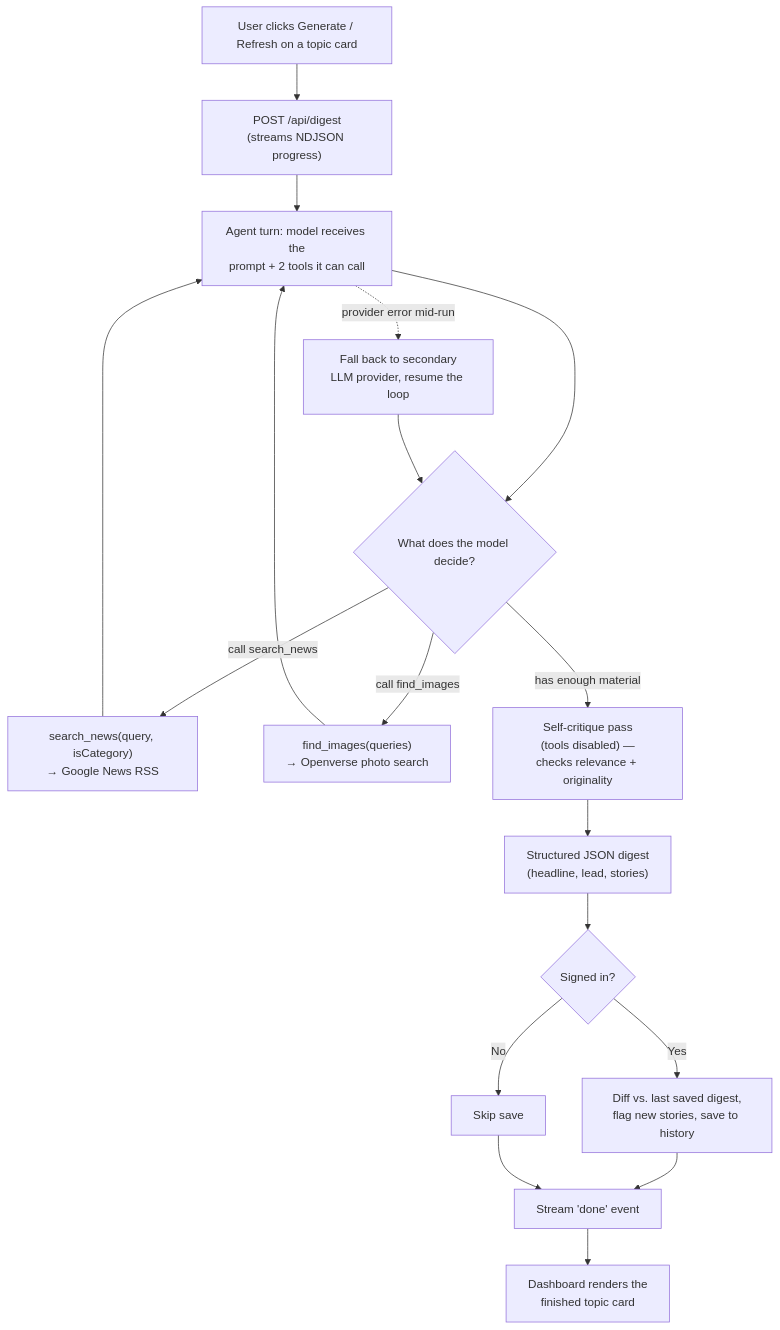
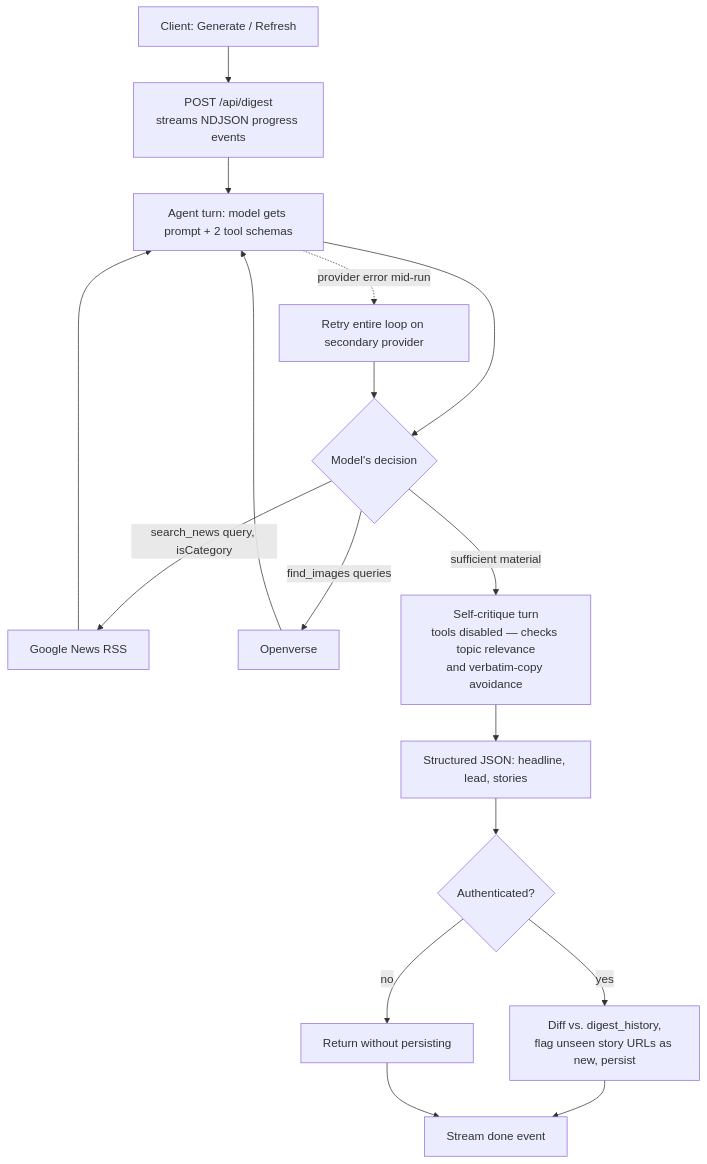
The diagram in README.md (parimala-06/NewsLetter), drawn with Mermaid before and after one commit. The commit also changed other lines of this file and 3 other files, not shown here.

````diff
--- a/README.md
+++ b/README.md
@@ -53,24 +24,23 @@
 ```mermaid
 flowchart TD
-    A[User clicks Generate / Refresh on a topic card] --> B["POST /api/digest\n(streams NDJSON progress)"]
-    B --> C["Agent turn: model receives the\nprompt + 2 tools it can call"]
-    C --> D{What does the model decide?}
+    A[Client: Generate / Refresh] --> B["POST /api/digest\nstreams NDJSON progress events"]
+    B --> C[Agent turn: model gets prompt + 2 tool schemas]
+    C --> D{Model's decision}
 
-    D -->|"call search_news"| E["search_news(query, isCategory)\n→ Google News RSS"]
-    D -->|"call find_images"| F["find_images(queries)\n→ Openverse photo search"]
+    D -->|search_news query, isCategory| E[Google News RSS]
+    D -->|find_images queries| F[Openverse]
     E --> C
     F --> C
 
-    D -->|"has enough material"| G["Self-critique pass\n(tools disabled) —\nchecks relevance + originality"]
-    G --> H["Structured JSON digest\n(headline, lead, stories)"]
+    D -->|sufficient material| G["Self-critique turn\ntools disabled — checks topic relevance\nand verbatim-copy avoidance"]
+    G --> H[Structured JSON: headline, lead, stories]
 
-    H --> I{Signed in?}
-    I -->|Yes| J["Diff vs. last saved digest,\nflag new stories, save to history"]
-    I -->|No| K[Skip save]
-    J --> L["Stream 'done' event"]
+    H --> I{Authenticated?}
+    I -->|yes| J["Diff vs. digest_history,\nflag unseen story URLs as new, persist"]
+    I -->|no| K[Return without persisting]
+    J --> L[Stream done event]
     K --> L
-    L --> M["Dashboard renders the\nfinished topic card"]
 
-    C -.->|"provider error mid-run"| N["Fall back to secondary\nLLM provider, resume the loop"]
-    N --> D
+    C -.provider error mid-run.-> M[Retry entire loop on secondary provider]
+    M --> D
 ```
````
